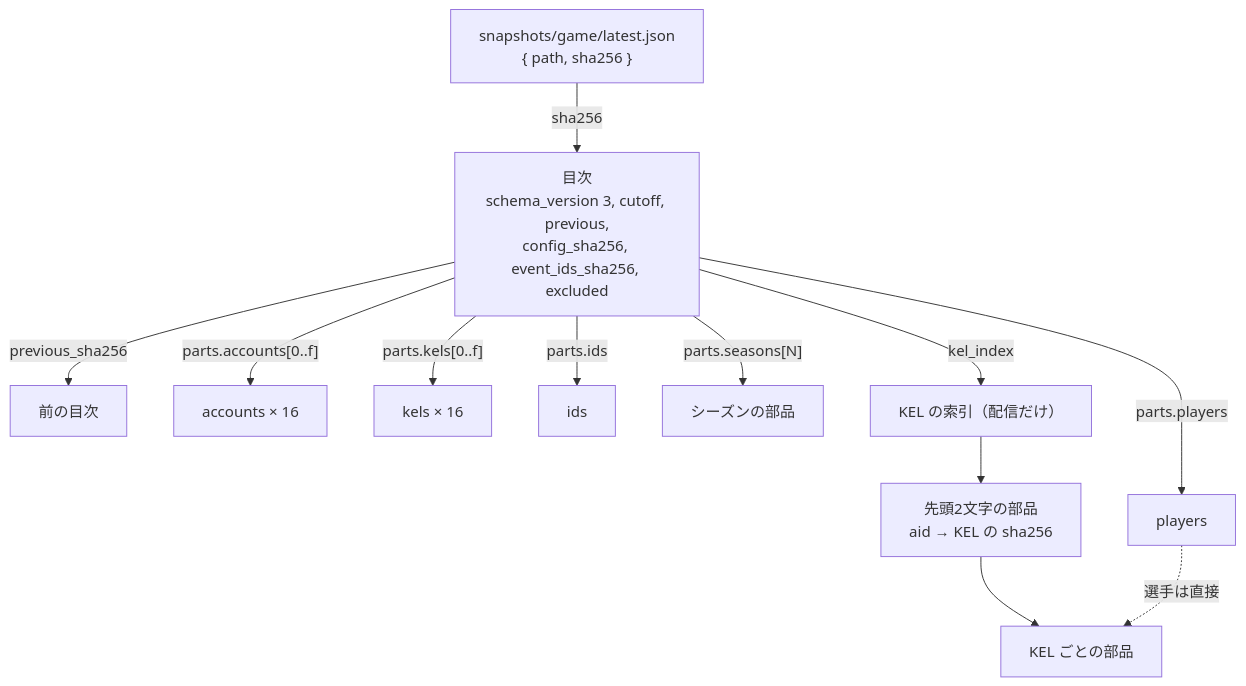
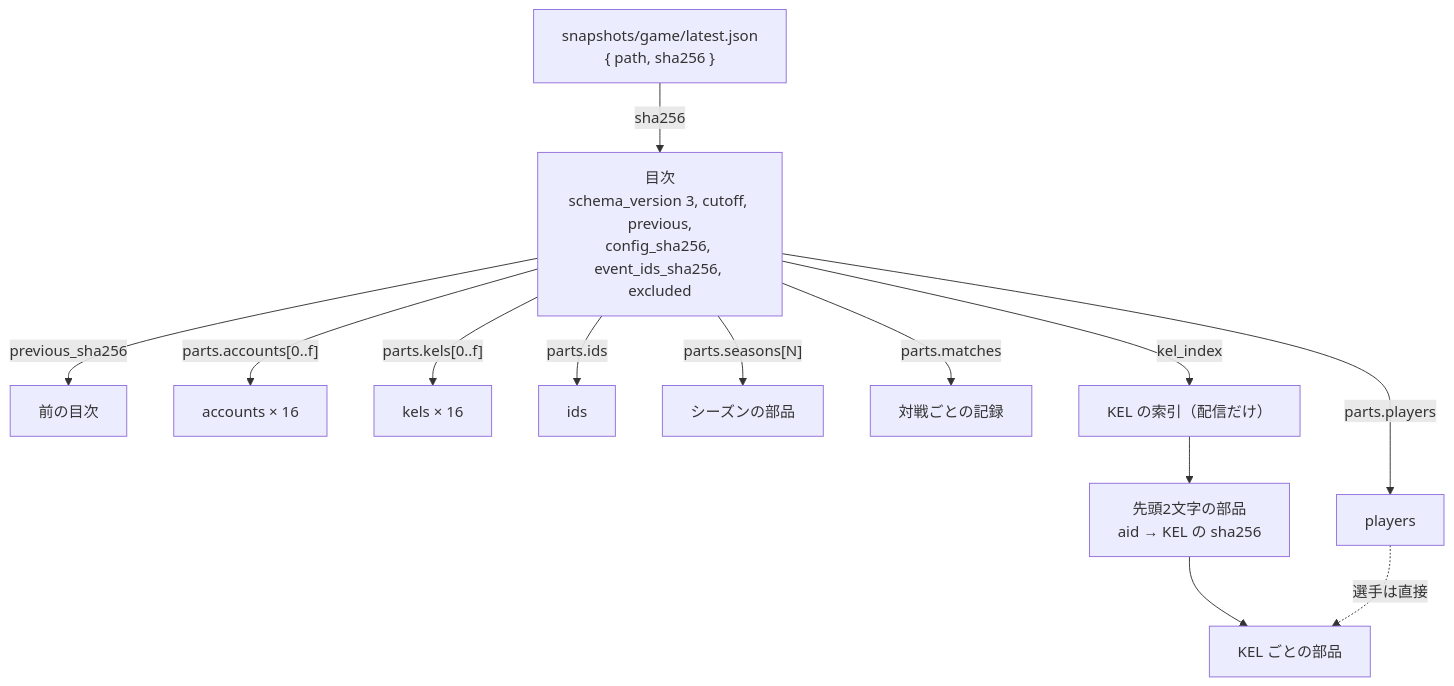
One commit to nostr-rating/nostr-rating.github.io changed the third of 6 diagrams in docs/spec.md. Above: the diagram before and after it, drawn with Mermaid. The commit also changed other lines of this file and 41 other files, not shown here.

````diff
--- a/docs/spec.md
+++ b/docs/spec.md
@@ -482,14 +512,15 @@
 ```mermaid
 flowchart TB
   LP["snapshots/game/latest.json<br/>{ path, sha256 }"] -- "sha256" --> TOC["目次<br/>schema_version 3, cutoff, previous,<br/>config_sha256, event_ids_sha256, excluded"]
   TOC -- "previous_sha256" --> PREV["前の目次"]
   TOC -- "parts.players" --> PL["players"]
   TOC -- "parts.accounts[0..f]" --> AC["accounts × 16"]
   TOC -- "parts.kels[0..f]" --> KE["kels × 16"]
   TOC -- "parts.ids" --> ID["ids"]
   TOC -- "parts.seasons[N]" --> SE["シーズンの部品"]
+  TOC -- "parts.matches" --> MA["対戦ごとの記録"]
   TOC -- "kel_index" --> IX["KEL の索引（配信だけ）"]
   IX --> PX["先頭2文字の部品<br/>aid → KEL の sha256"]
   PX --> KF["KEL ごとの部品"]
   PL -. "選手は直接" .-> KF
 ```
````
